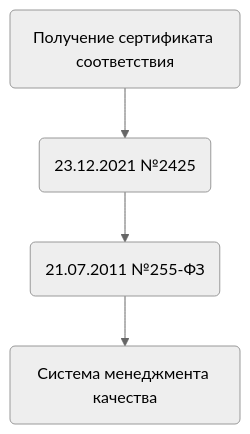
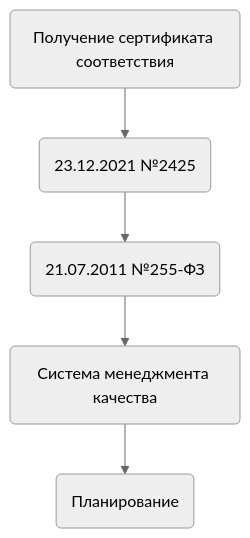
The diagram in №2Peresada.md (p3r3sada/Var-2Peresada), drawn with Mermaid (neutral theme) before and after one commit.

````diff
--- a/№2Peresada.md
+++ b/№2Peresada.md
@@ -1,4 +1,7 @@
 ```mermaid
 flowchart TD;
-A(Получение сертификата соответствия) --> B(23.12.2021 №2425) --> C(21.07.2011 №255-ФЗ) --> D(Система менеджмента качества)
+A(Получение сертификата соответствия) --> B(23.12.2021 №2425)
+B --> C(21.07.2011 №255-ФЗ)
+C --> D(Система менеджмента качества)
+D --> E(Планирование)
 ```
````
